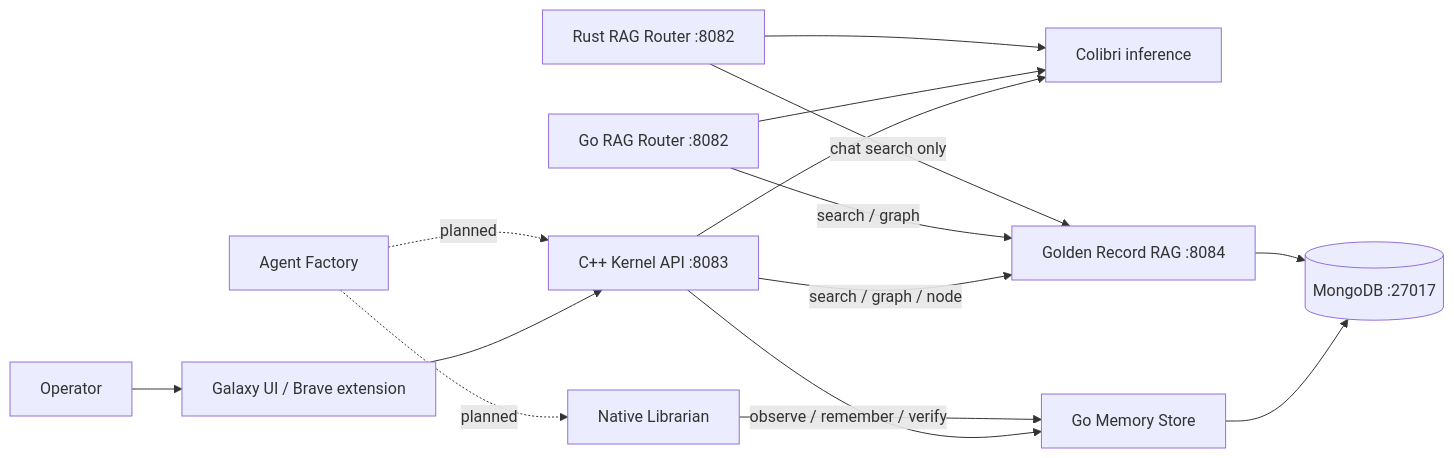
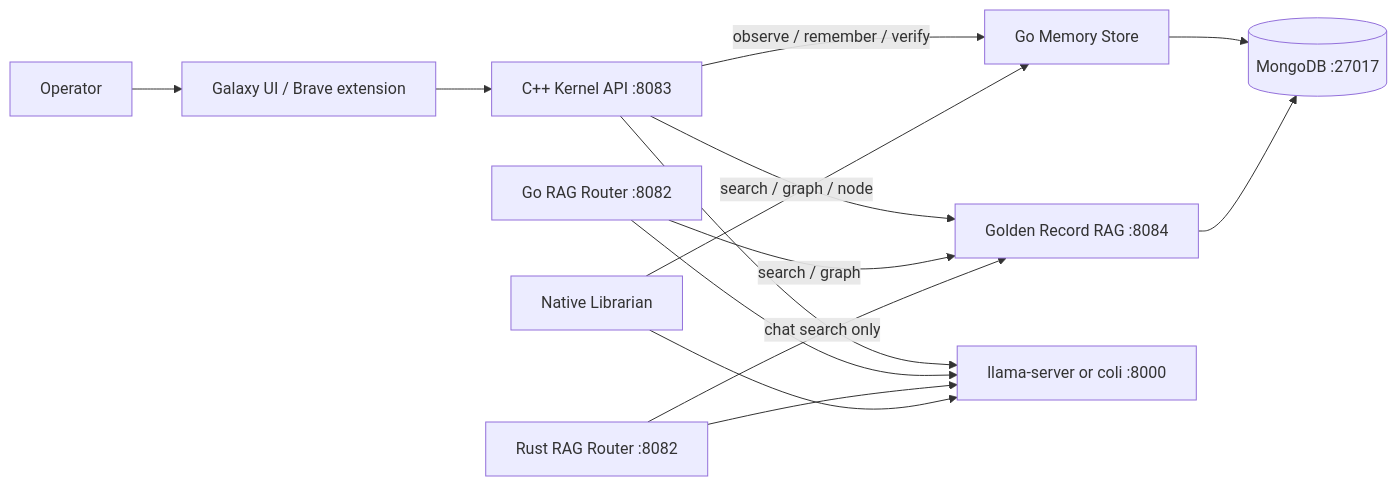
The first of 5 diagrams in ARCHITECTURE.md (usrname1git/GodBrain), drawn with Mermaid before and after one commit. The commit also changed other lines of this file and 3 other files, not shown here.

First line of the commit message:
Point Architecture at the live mouth and add a Librarian inbox.

````diff
--- a/ARCHITECTURE.md
+++ b/ARCHITECTURE.md
@@ -88,29 +89,27 @@
 ```mermaid
 flowchart LR
     Operator[Operator]
     UI[Galaxy UI / Brave extension]
     Kernel[C++ Kernel API :8083]
     GoRouter[Go RAG Router :8082]
     RustRouter[Rust RAG Router :8082]
     Mongo[(MongoDB :27017)]
-    Colibri[Colibri inference]
     Librarian[Native Librarian]
     Memory[Go Memory Store]
     RAG[Golden Record RAG :8084]
-    Factory[Agent Factory]
+    Mouth[llama-server or coli :8000]
 
     Operator --> UI
     UI --> Kernel
     Kernel -->|search / graph / node| RAG
     Kernel -->|observe / remember / verify| Memory
-    Kernel --> Colibri
+    Kernel --> Mouth
     GoRouter -->|search / graph| RAG
-    GoRouter --> Colibri
+    GoRouter --> Mouth
     RustRouter -->|chat search only| RAG
-    RustRouter --> Colibri
+    RustRouter --> Mouth
+    Librarian --> Mouth
     Librarian --> Memory
     Memory --> Mongo
     RAG --> Mongo
-    Factory -.->|planned| Kernel
-    Factory -.->|planned| Librarian
 ```
````
